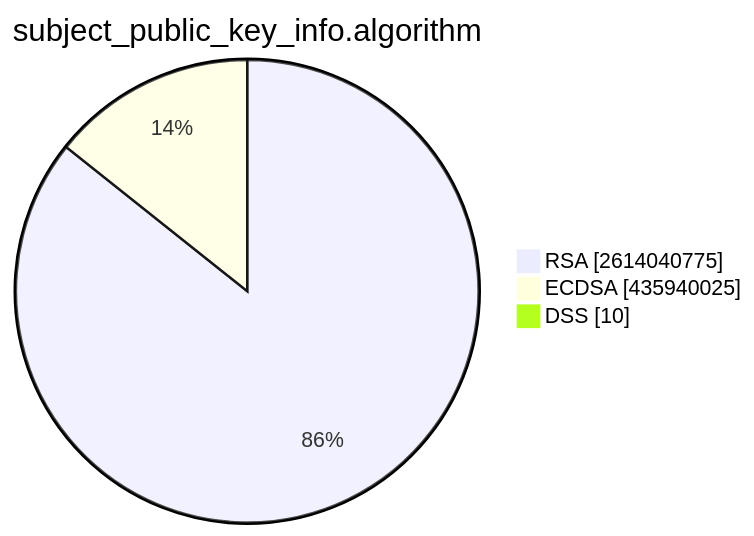
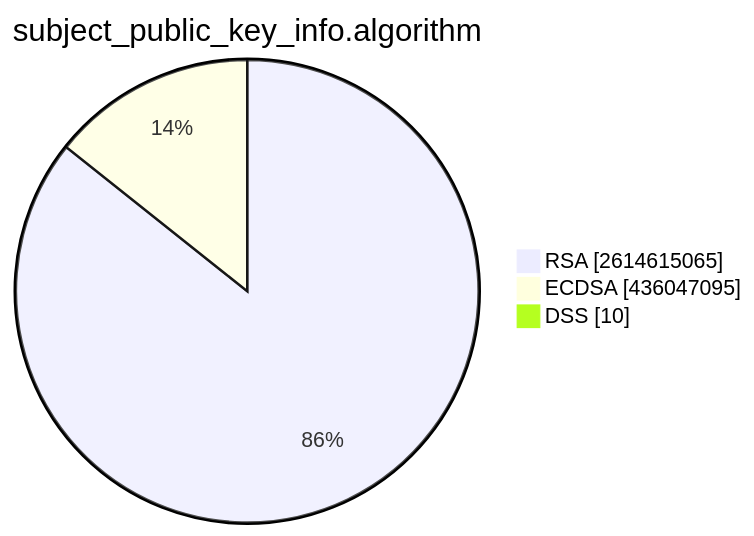
Before and after one commit to christiankrug/ctmonitor_visualization: the second of 15 diagrams in TOTAL/README.md, drawn with Mermaid. The commit also changed other lines of this file, not shown here.

````diff
--- a/TOTAL/README.md
+++ b/TOTAL/README.md
@@ -6,7 +6,7 @@
 ```mermaid
 pie showData
 title subject_public_key_info.algorithm
-"RSA" :2614040775
-"ECDSA" :435940025
+"RSA" :2614615065
+"ECDSA" :436047095
 "DSS" :10
 ```
````
